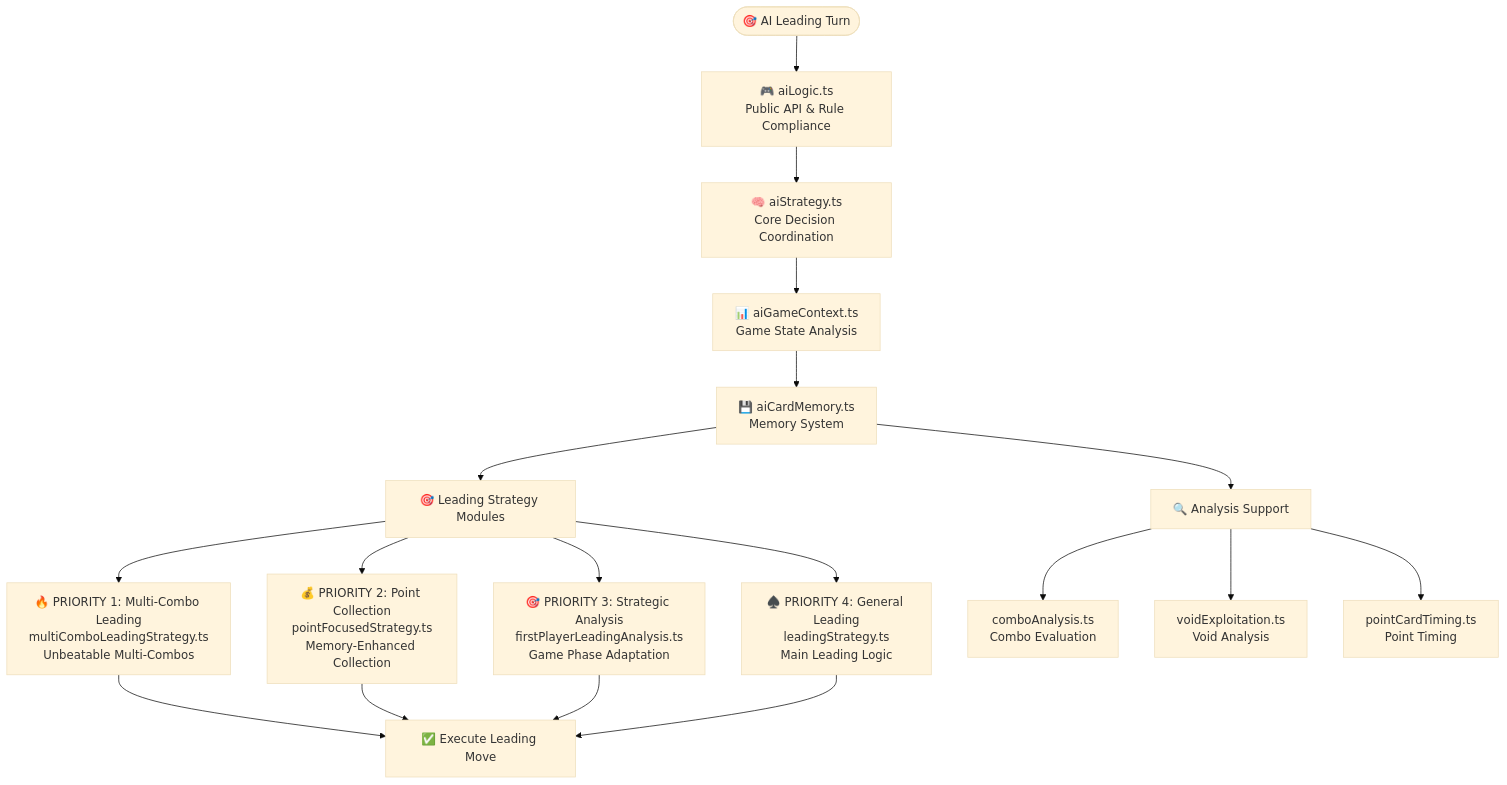
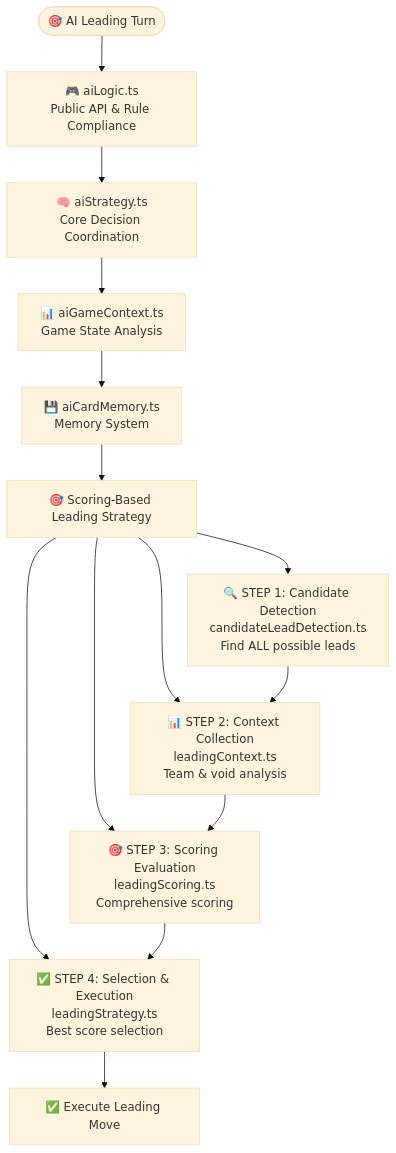
One commit to ejfn/Tractor changed the first of 2 diagrams in docs/AI_SYSTEM.md. Above: the diagram before and after it, drawn with Mermaid (base theme). The commit also changed other lines of this file and 22 other files, not shown here.

First line of the commit message:
feat(ai-leading): implement unified scoring-based leading strategy (#313)

````diff
--- a/docs/AI_SYSTEM.md
+++ b/docs/AI_SYSTEM.md
@@ -122,24 +120,19 @@
 ```mermaid
 flowchart TD
     StartLead([🎯 AI Leading Turn]) --> LogicLead[🎮 aiLogic.ts<br/>Public API & Rule Compliance]
     LogicLead --> StrategyLead[🧠 aiStrategy.ts<br/>Core Decision Coordination]
     StrategyLead --> ContextLead[📊 aiGameContext.ts<br/>Game State Analysis]
     ContextLead --> MemoryLead[💾 aiCardMemory.ts<br/>Memory System]
     
-    MemoryLead --> LeadingMods[🎯 Leading Strategy Modules]
+    MemoryLead --> LeadingMods[🎯 Scoring-Based Leading Strategy]
     
-    LeadingMods --> MultiComboLead[🔥 PRIORITY 1: Multi-Combo Leading<br/>multiComboLeadingStrategy.ts<br/>Unbeatable Multi-Combos]
-    LeadingMods --> PointFocus[💰 PRIORITY 2: Point Collection<br/>pointFocusedStrategy.ts<br/>Memory-Enhanced Collection]
-    LeadingMods --> FirstAnalysis[🎯 PRIORITY 3: Strategic Analysis<br/>firstPlayerLeadingAnalysis.ts<br/>Game Phase Adaptation]
-    LeadingMods --> LeadStrategy[♠️ PRIORITY 4: General Leading<br/>leadingStrategy.ts<br/>Main Leading Logic]
+    LeadingMods --> CandidateDetection[🔍 STEP 1: Candidate Detection<br/>candidateLeadDetection.ts<br/>Find ALL possible leads]
+    LeadingMods --> ContextCollection[📊 STEP 2: Context Collection<br/>leadingContext.ts<br/>Team & void analysis]
+    LeadingMods --> ScoringEvaluation[🎯 STEP 3: Scoring Evaluation<br/>leadingScoring.ts<br/>Comprehensive scoring]
+    LeadingMods --> LeadStrategy[✅ STEP 4: Selection & Execution<br/>leadingStrategy.ts<br/>Best score selection]
     
-    MultiComboLead --> ExecuteLead[✅ Execute Leading Move]
-    PointFocus --> ExecuteLead
-    FirstAnalysis --> ExecuteLead
-    LeadStrategy --> ExecuteLead
-    
-    MemoryLead --> AnalysisLead[🔍 Analysis Support]
-    AnalysisLead --> ComboAnalysisLead[comboAnalysis.ts<br/>Combo Evaluation]
-    AnalysisLead --> VoidExploitationLead[voidExploitation.ts<br/>Void Analysis]
-    AnalysisLead --> PointTimingLead[pointCardTiming.ts<br/>Point Timing]
+    CandidateDetection --> ContextCollection
+    ContextCollection --> ScoringEvaluation
+    ScoringEvaluation --> LeadStrategy
+    LeadStrategy --> ExecuteLead[✅ Execute Leading Move]
 ```
````
